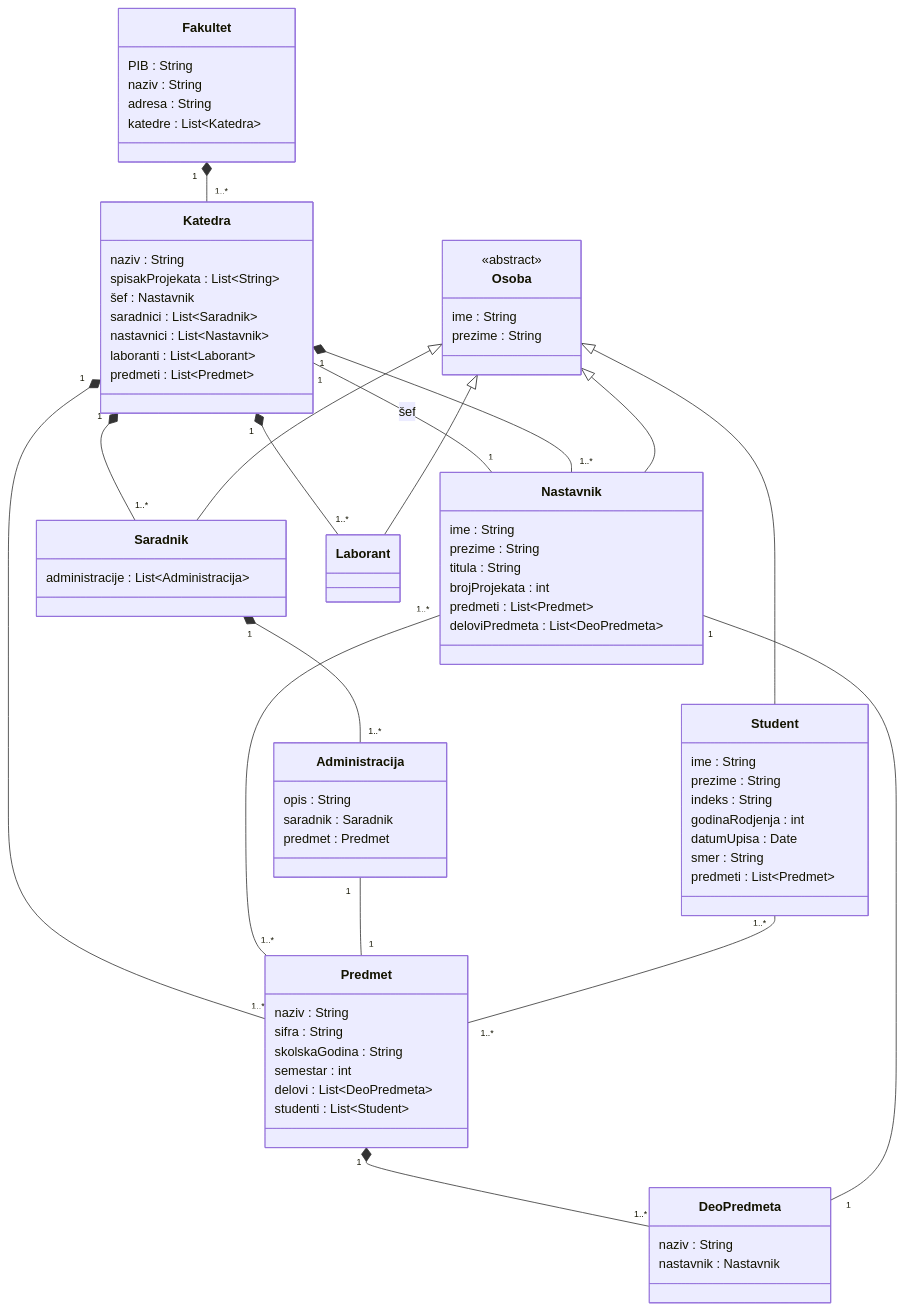
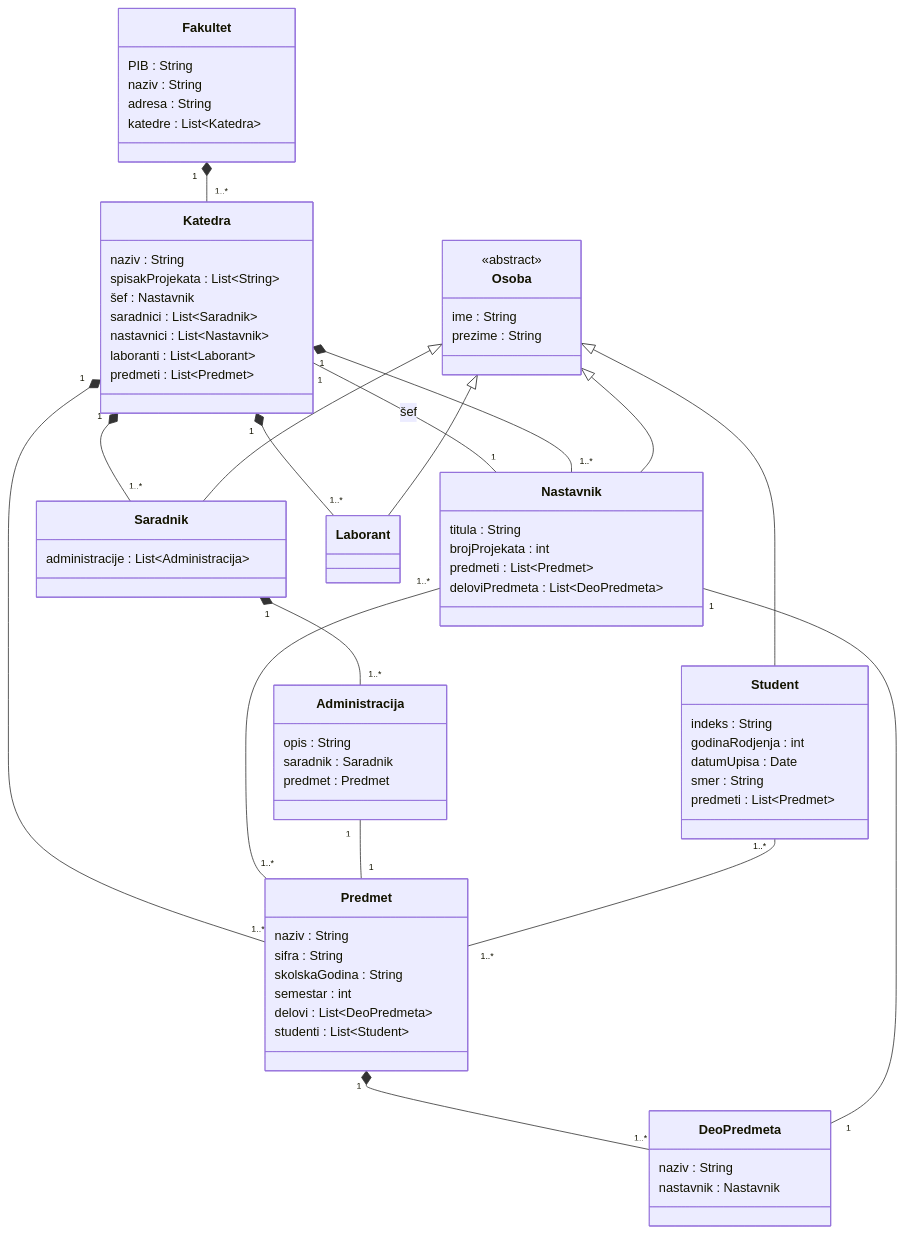
The diagram in oopj/UML/januar-2025.md (lazarevicOgnjen/II-godina), drawn with Mermaid before and after one commit.

```diff
--- a/oopj/UML/januar-2025.md
+++ b/oopj/UML/januar-2025.md
@@ -26,8 +26,6 @@
     }
 
     class Student {
-        ime : String
-        prezime : String
         indeks : String
         godinaRodjenja : int
         datumUpisa : Date
@@ -36,8 +34,6 @@
     }
 
     class Nastavnik {
-        ime : String
-        prezime : String
         titula : String
         brojProjekata : int
         predmeti : List~Predmet~
```
